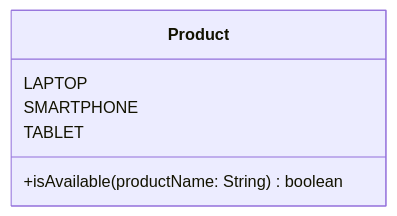
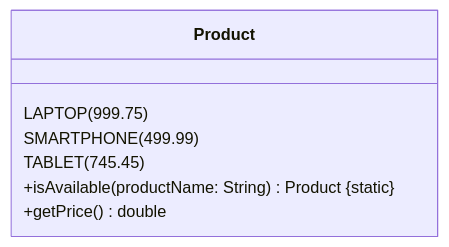
Before and after one commit to wielandjan/java_helloWorld_1: the fourth of 5 diagrams in scr/exercises/Programmieren1/SampleExam/ReadMe.md, drawn with Mermaid. The commit also changed other lines of this file and 2 other files, not shown here.

Commit message:
Changes to be committed: 	new file:   scr/exercises/Programmieren1/SampleExam/ExamTask03.java 	new file:   scr/exercises/Programmieren1/SampleExam/Product.java 	modified:   scr/exercises/Programmieren1/SampleExam/ReadMe.md

````diff
--- a/scr/exercises/Programmieren1/SampleExam/ReadMe.md
+++ b/scr/exercises/Programmieren1/SampleExam/ReadMe.md
@@ -131,9 +139,10 @@
 ```mermaid
 classDiagram
     class Product {
-        LAPTOP
-        SMARTPHONE
-        TABLET
-        +isAvailable(productName: String) boolean
+        LAPTOP(999.75)
+        SMARTPHONE(499.99)
+        TABLET(745.45)
+        +isAvailable(productName: String) Product #123;static#125;
+        +getPrice() double
     }
 ```
````
